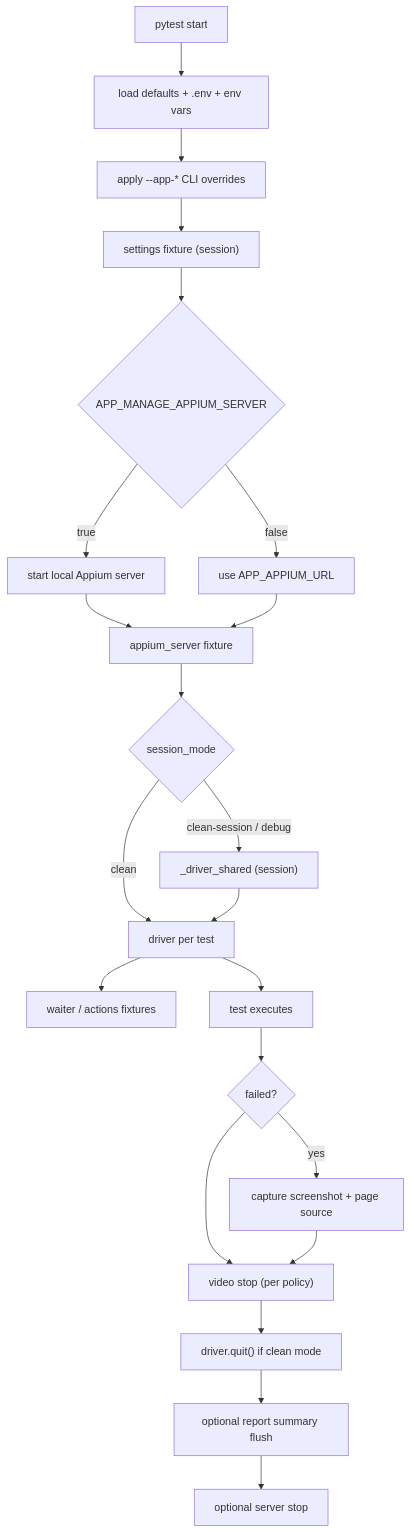
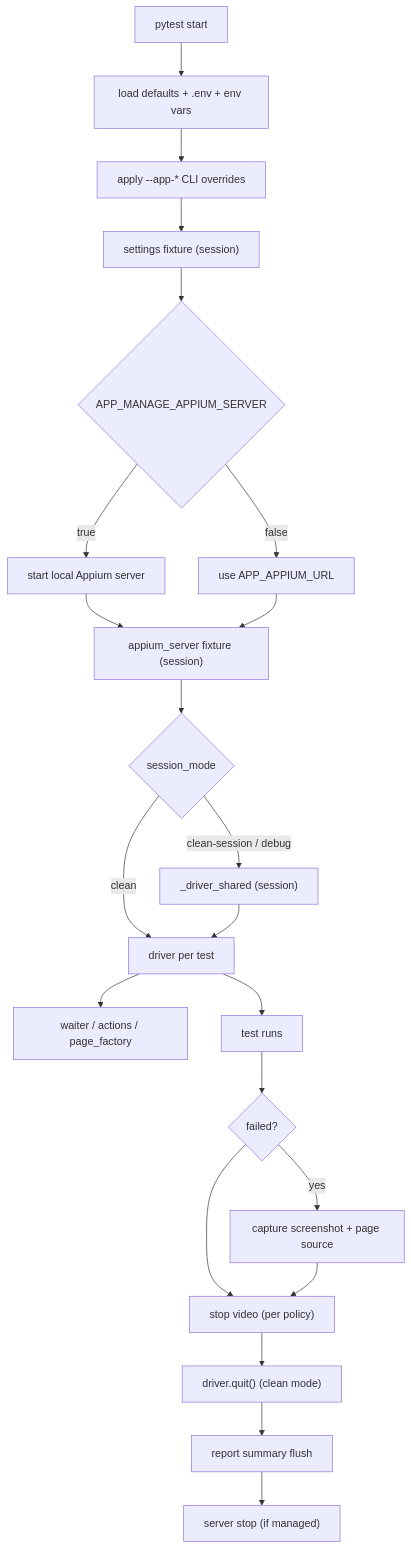
Before and after one commit to gianlucasoare/appium-pytest-kit: the diagram in README.md, drawn with Mermaid. The commit also changed other lines of this file and 14 other files, not shown here.

````diff
--- a/README.md
+++ b/README.md
@@ -357,24 +333,24 @@
 ```mermaid
 flowchart TD
     A["pytest start"] --> B["load defaults + .env + env vars"]
     B --> C["apply --app-* CLI overrides"]
     C --> D["settings fixture (session)"]
     D --> E{"APP_MANAGE_APPIUM_SERVER"}
     E -->|"true"| F["start local Appium server"]
     E -->|"false"| G["use APP_APPIUM_URL"]
-    F --> H["appium_server fixture"]
+    F --> H["appium_server fixture (session)"]
     G --> H
     H --> I{"session_mode"}
     I -->|"clean-session / debug"| J["_driver_shared (session)"]
     I -->|"clean"| K["driver per test"]
     J --> K
-    K --> L["waiter / actions fixtures"]
-    K --> M["test executes"]
+    K --> L["waiter / actions / page_factory"]
+    K --> M["test runs"]
     M --> N{"failed?"}
     N -->|"yes"| O["capture screenshot + page source"]
-    N --> P["video stop (per policy)"]
+    N --> P["stop video (per policy)"]
     O --> P
-    P --> Q["driver.quit() if clean mode"]
-    Q --> R["optional report summary flush"]
-    R --> S["optional server stop"]
+    P --> Q["driver.quit() (clean mode)"]
+    Q --> R["report summary flush"]
+    R --> S["server stop (if managed)"]
 ```
````
